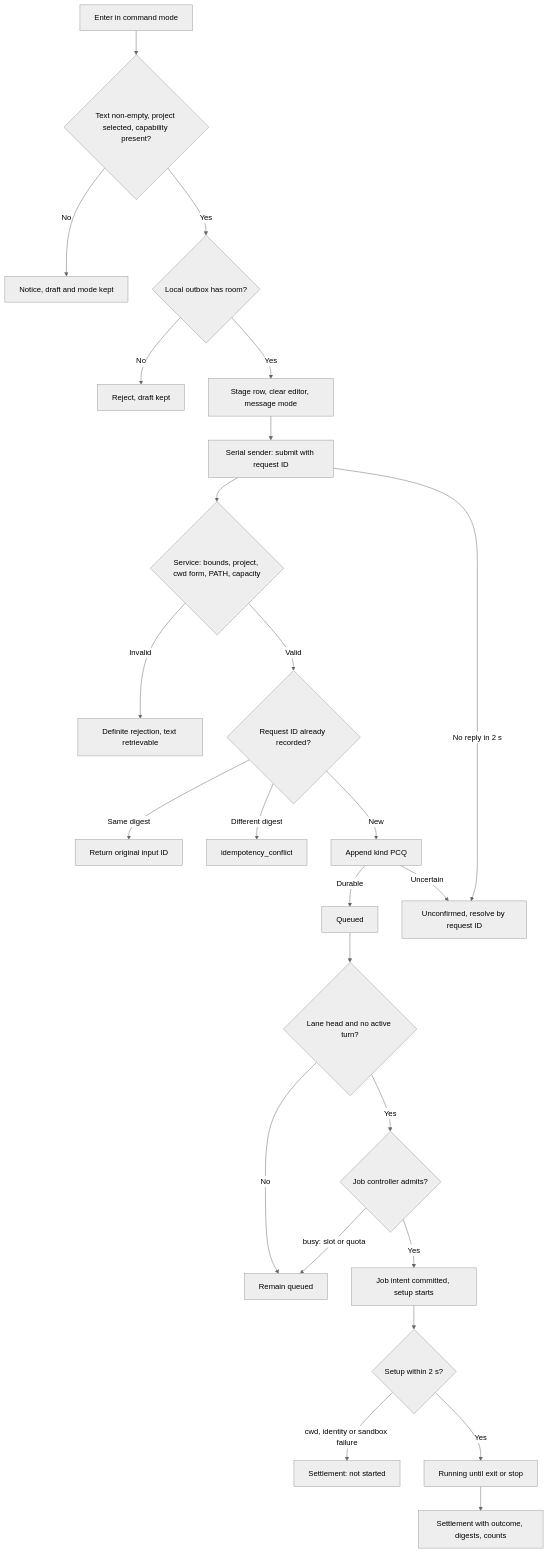
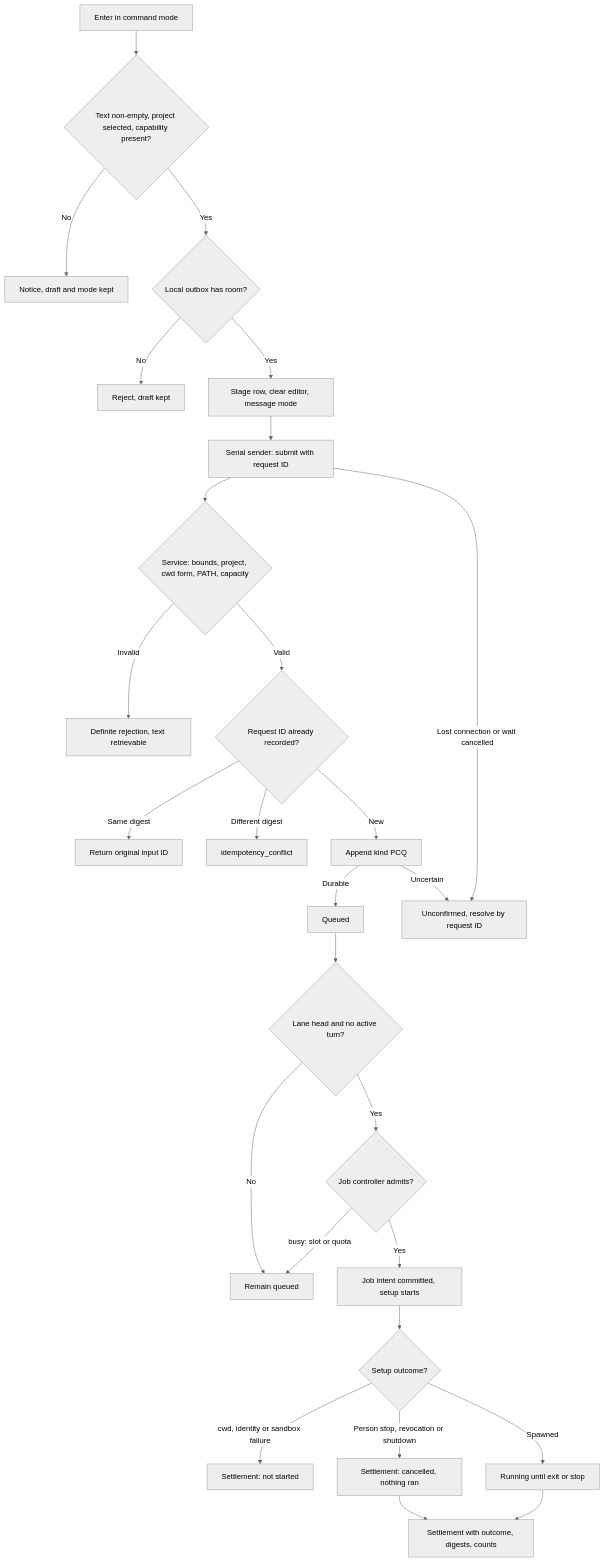
The sixth of 7 diagrams in docs/designs/person-command-mode.md (pidster/asura), drawn with Mermaid (neutral theme) before and after one commit. The commit also changed other lines of this file and 39 other files, not shown here.

````diff
--- a/docs/designs/person-command-mode.md
+++ b/docs/designs/person-command-mode.md
@@ -783,27 +783,29 @@
 ```mermaid
 flowchart TD
     Enter["Enter in command mode"] --> Local{"Text non-empty, project selected, capability present?"}
     Local -->|No| Notice["Notice, draft and mode kept"]
     Local -->|Yes| Outbox{"Local outbox has room?"}
     Outbox -->|No| Full["Reject, draft kept"]
     Outbox -->|Yes| Stage["Stage row, clear editor, message mode"]
     Stage --> Rpc["Serial sender: submit with request ID"]
     Rpc --> Valid{"Service: bounds, project, cwd form, PATH, capacity"}
     Valid -->|Invalid| Rej["Definite rejection, text retrievable"]
     Valid -->|Valid| Dup{"Request ID already recorded?"}
     Dup -->|Same digest| Same["Return original input ID"]
     Dup -->|Different digest| Conflict["idempotency_conflict"]
     Dup -->|New| Append["Append kind PCQ"]
     Append -->|Durable| Queued["Queued"]
     Append -->|Uncertain| Unc["Unconfirmed, resolve by request ID"]
-    Rpc -->|"No reply in 2 s"| Unc
+    Rpc -->|"Lost connection or wait cancelled"| Unc
     Queued --> Ready{"Lane head and no active turn?"}
     Ready -->|No| Wait["Remain queued"]
     Ready -->|Yes| Admit{"Job controller admits?"}
     Admit -->|"busy: slot or quota"| Wait
     Admit -->|Yes| Start["Job intent committed, setup starts"]
-    Start --> Setup{"Setup within 2 s?"}
+    Start --> Setup{"Setup outcome?"}
     Setup -->|"cwd, identity or sandbox failure"| NotStarted["Settlement: not started"]
-    Setup -->|Yes| Run["Running until exit or stop"]
+    Setup -->|"Person stop, revocation or shutdown"| Cancelled["Settlement: cancelled, nothing ran"]
+    Setup -->|Spawned| Run["Running until exit or stop"]
+    Cancelled --> Settle
     Run --> Settle["Settlement with outcome, digests, counts"]
 ```
````
